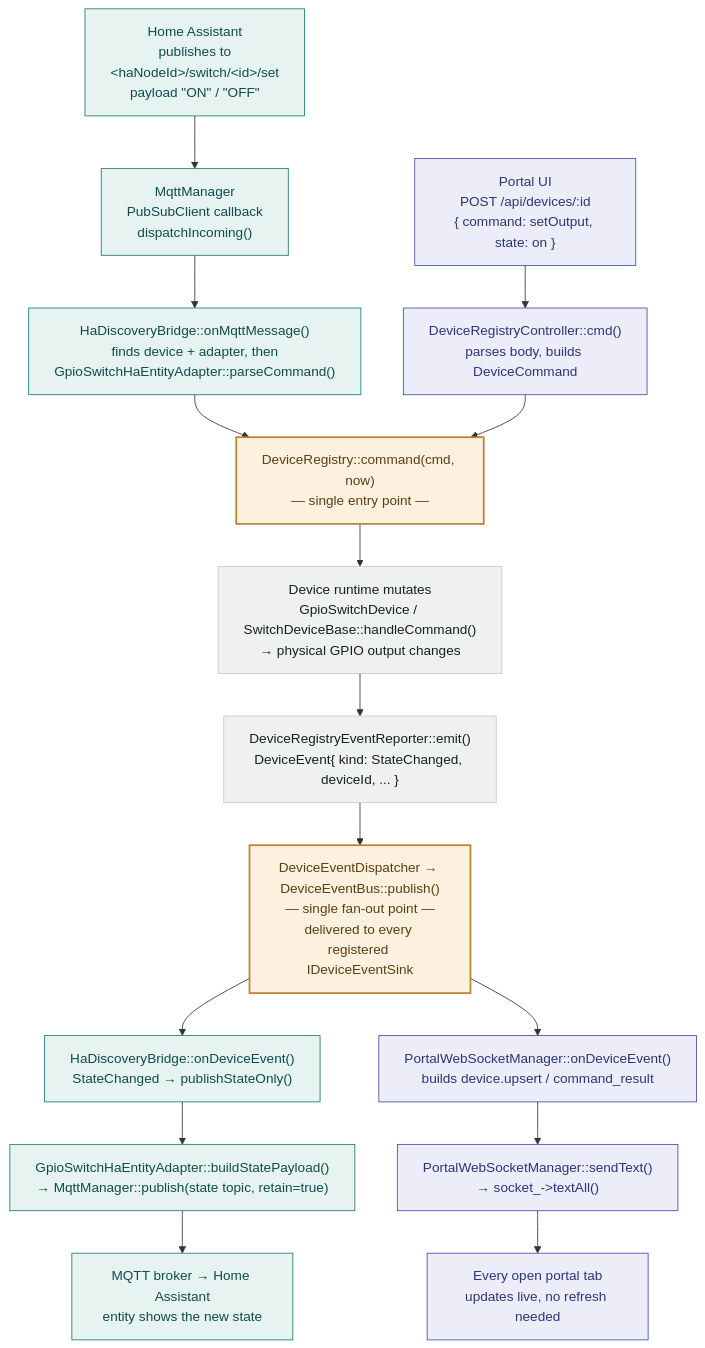
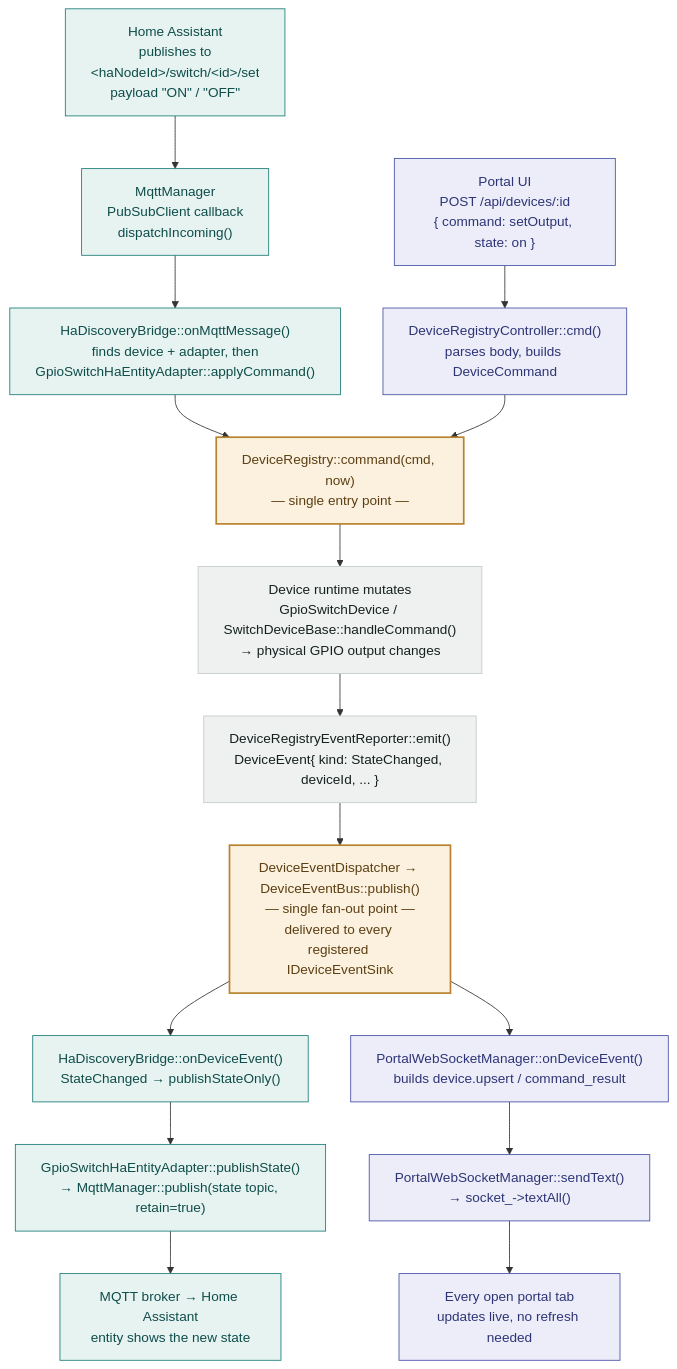
One commit to yoreek/gekko changed the diagram in docs/mqtt-home-assistant.md. Above: the diagram before and after it, drawn with Mermaid. The commit also changed other lines of this file and 13 other files, not shown here.

````diff
--- a/docs/mqtt-home-assistant.md
+++ b/docs/mqtt-home-assistant.md
@@ -91,31 +126,31 @@
 ```mermaid
 flowchart TD
     HA["Home Assistant<br/>publishes to<br/>&lt;haNodeId&gt;/switch/&lt;id&gt;/set<br/>payload &quot;ON&quot; / &quot;OFF&quot;"]:::ha
     UI["Portal UI<br/>POST /api/devices/:id<br/>{ command: setOutput, state: on }"]:::ui
 
     HA --> MM["MqttManager<br/>PubSubClient callback<br/>dispatchIncoming()"]:::ha
     UI --> DRC["DeviceRegistryController::cmd()<br/>parses body, builds DeviceCommand"]:::ui
 
-    MM --> HDB["HaDiscoveryBridge::onMqttMessage()<br/>finds device + adapter, then<br/>GpioSwitchHaEntityAdapter::parseCommand()"]:::ha
+    MM --> HDB["HaDiscoveryBridge::onMqttMessage()<br/>finds device + adapter, then<br/>GpioSwitchHaEntityAdapter::applyCommand()"]:::ha
 
     HDB --> DR["DeviceRegistry::command(cmd, now)<br/>— single entry point —"]:::junction
     DRC --> DR
 
     DR --> RUNTIME["Device runtime mutates<br/>GpioSwitchDevice / SwitchDeviceBase::handleCommand()<br/>→ physical GPIO output changes"]:::neutral
     RUNTIME --> EVT["DeviceRegistryEventReporter::emit()<br/>DeviceEvent{ kind: StateChanged, deviceId, ... }"]:::neutral
     EVT --> BUS["DeviceEventDispatcher → DeviceEventBus::publish()<br/>— single fan-out point —<br/>delivered to every registered IDeviceEventSink"]:::junction
 
     BUS --> HDB2["HaDiscoveryBridge::onDeviceEvent()<br/>StateChanged → publishStateOnly()"]:::ha
     BUS --> WS["PortalWebSocketManager::onDeviceEvent()<br/>builds device.upsert / command_result"]:::ui
 
-    HDB2 --> MQTTOUT["GpioSwitchHaEntityAdapter::buildStatePayload()<br/>→ MqttManager::publish(state topic, retain=true)"]:::ha
+    HDB2 --> MQTTOUT["GpioSwitchHaEntityAdapter::publishState()<br/>→ MqttManager::publish(state topic, retain=true)"]:::ha
     WS --> WSOUT["PortalWebSocketManager::sendText()<br/>→ socket_->textAll()"]:::ui
 
     MQTTOUT --> HAOUT["MQTT broker → Home Assistant<br/>entity shows the new state"]:::ha
     WSOUT --> UIOUT["Every open portal tab<br/>updates live, no refresh needed"]:::ui
 
     classDef ha fill:#e6f3f1,stroke:#1c7c78,color:#0f4d4a;
     classDef ui fill:#ecedf8,stroke:#4750a6,color:#2e3576;
     classDef junction fill:#fbf1de,stroke:#b9822f,color:#5c3f13,stroke-width:2px;
     classDef neutral fill:#eef1f0,stroke:#c3cbc9,color:#16211f;
 ```
````
